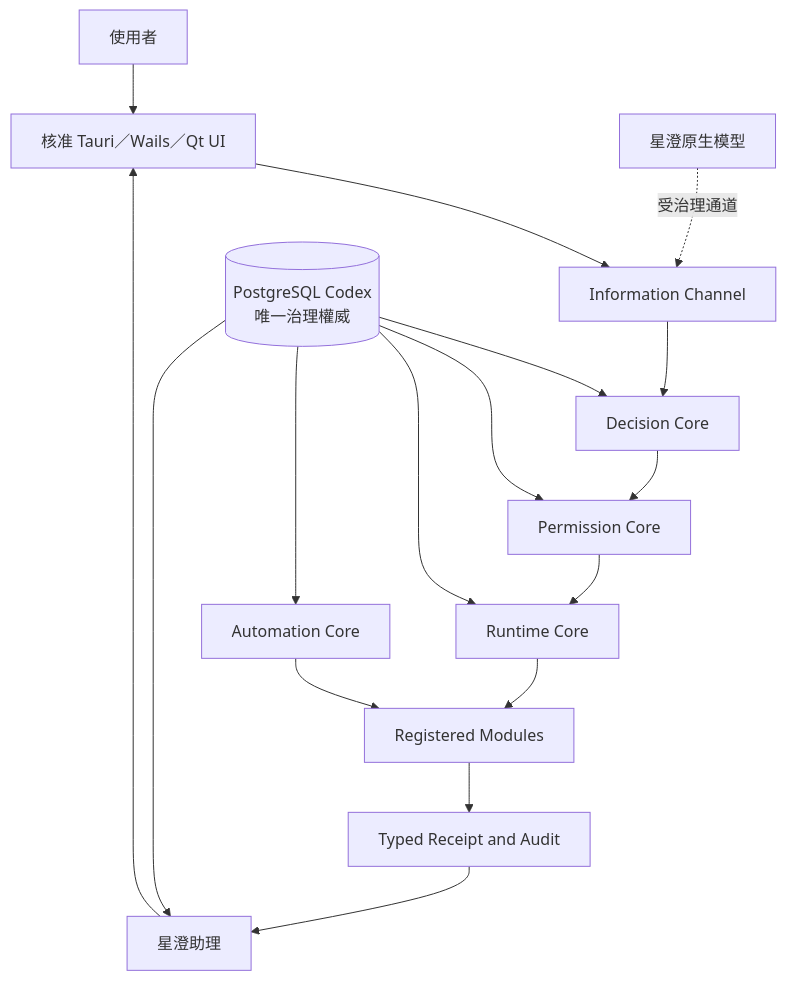
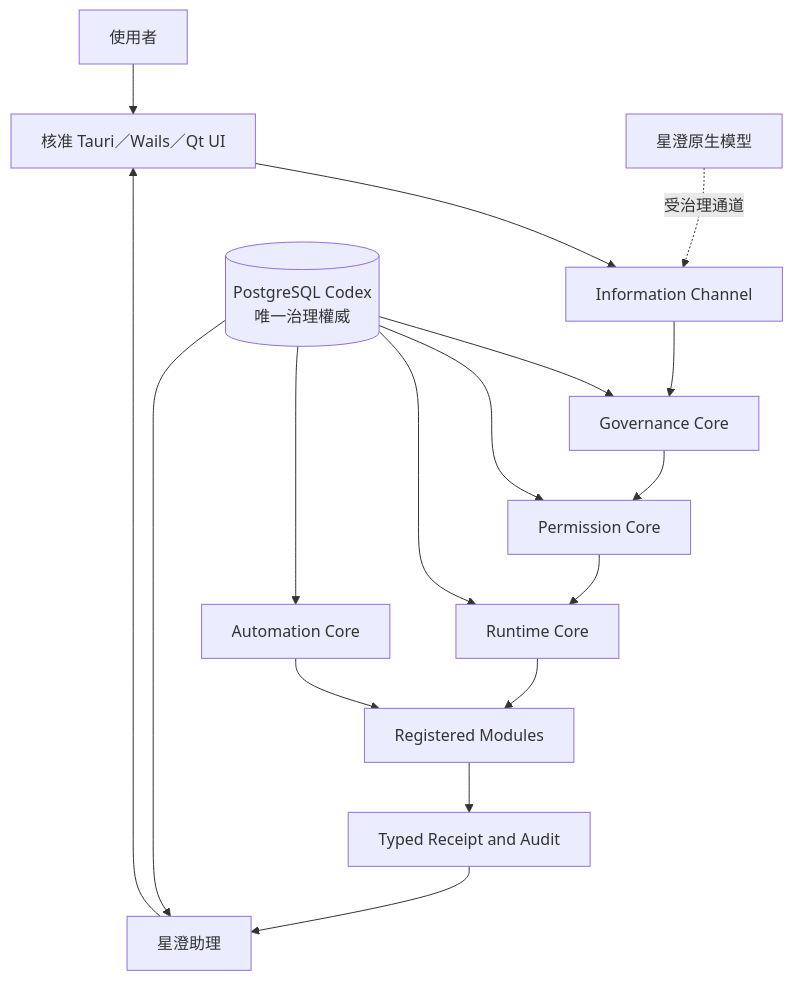
The first of 9 diagrams in governance_rule/codex/architecture-project.md (guilty442-source/GPTBridge), drawn with Mermaid before and after one commit. The commit also changed other lines of this file and 10 other files, not shown here.

````diff
--- a/governance_rule/codex/architecture-project.md
+++ b/governance_rule/codex/architecture-project.md
@@ -11,19 +11,19 @@
 ```mermaid
 flowchart TB
   USER[使用者] --> UI[核准 Tauri／Wails／Qt UI]
   UI --> INFO[Information Channel]
-  CODEX[(PostgreSQL Codex<br/>唯一治理權威)] --> DEC[Decision Core]
+  CODEX[(PostgreSQL Codex<br/>唯一治理權威)] --> DEC[Governance Core]
   CODEX --> PERM[Permission Core]
   CODEX --> RUN[Runtime Core]
   CODEX --> AUTO[Automation Core]
   CODEX --> XA[星澄助理]
   INFO --> DEC
   DEC --> PERM
   PERM --> RUN
   RUN --> EXEC[Registered Modules]
   AUTO --> EXEC
   EXEC --> RECEIPT[Typed Receipt and Audit]
   RECEIPT --> XA
   XA --> UI
   XC[星澄原生模型] -.受治理通道.-> INFO
 ```
````
